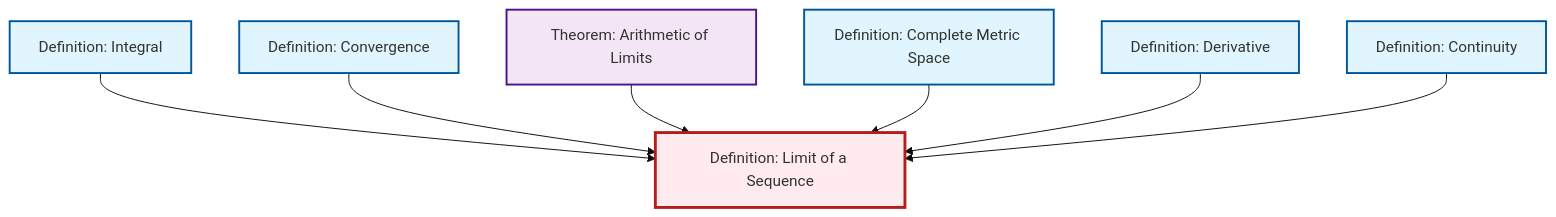
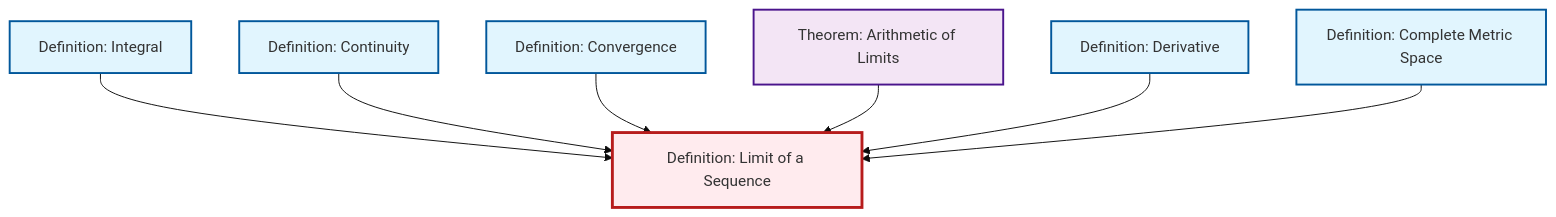
Before and after one commit to RK0429/ModernMath: the diagram in content/en/analysis/def-limit.qmd, drawn with Mermaid (base theme). The commit also changed other lines of this file and 417 other files, not shown here.

````diff
--- a/content/en/analysis/def-limit.qmd
+++ b/content/en/analysis/def-limit.qmd
@@ -48,29 +48,29 @@
 ```{mermaid}
 %%| fig-cap: "Local dependency graph"
 graph TD
     classDef definition fill:#e1f5fe,stroke:#01579b,stroke-width:2px
     classDef theorem fill:#f3e5f5,stroke:#4a148c,stroke-width:2px
     classDef axiom fill:#fff3e0,stroke:#e65100,stroke-width:2px
     classDef example fill:#e8f5e9,stroke:#1b5e20,stroke-width:2px
     classDef current fill:#ffebee,stroke:#b71c1c,stroke-width:3px
+    def-continuity["Definition: Continuity"]:::definition
+    def-convergence["Definition: Convergence"]:::definition
+    def-complete-metric-space["Definition: Complete Metric Space"]:::definition
     def-integral["Definition: Integral"]:::definition
+    def-limit["Definition: Limit of a Sequence"]:::definition
     def-derivative["Definition: Derivative"]:::definition
-    def-convergence["Definition: Convergence"]:::definition
-    def-limit["Definition: Limit of a Sequence"]:::definition
-    def-continuity["Definition: Continuity"]:::definition
     thm-limit-arithmetic["Theorem: Arithmetic of Limits"]:::theorem
-    def-complete-metric-space["Definition: Complete Metric Space"]:::definition
     def-integral --> def-limit
+    def-continuity --> def-limit
     def-convergence --> def-limit
     thm-limit-arithmetic --> def-limit
+    def-derivative --> def-limit
     def-complete-metric-space --> def-limit
-    def-derivative --> def-limit
-    def-continuity --> def-limit
     class def-limit current
+    click def-continuity "def-continuity.html" "Go to Continuity definition"
+    click def-convergence "def-convergence.html" "Go to Convergence definition"
+    click def-complete-metric-space "def-complete-metric-space.html" "Go to Complete Metric Space definition"
     click def-integral "def-integral.html" "Go to Integral definition"
     click def-derivative "def-derivative.html" "Go to Derivative definition"
-    click def-convergence "def-convergence.html" "Go to Convergence definition"
-    click def-continuity "def-continuity.html" "Go to Continuity definition"
     click thm-limit-arithmetic "thm-limit-arithmetic.html" "Go to Arithmetic of Limits theorem"
-    click def-complete-metric-space "def-complete-metric-space.html" "Go to Complete Metric Space definition"
 ```
````
